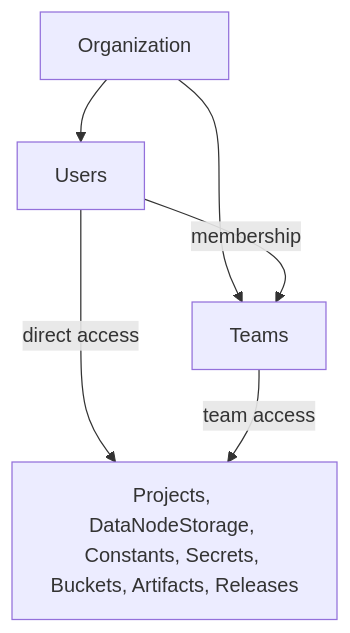
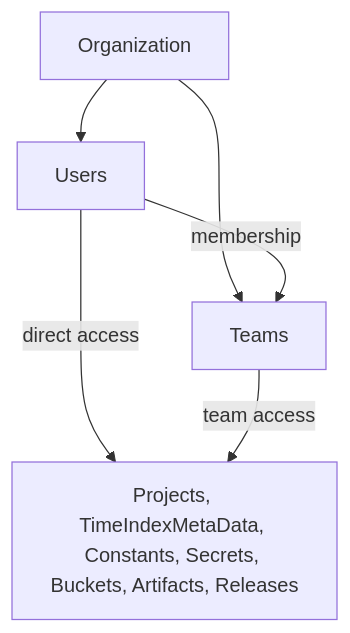
Before and after one commit to mainsequence-sdk/mainsequence-sdk: the diagram in docs/knowledge/infrastructure/users_and_access.md, drawn with Mermaid. The commit also changed other lines of this file and 53 other files, not shown here.

Commit message:
DataNodes Refactored to inhering from MetaTable

````diff
--- a/docs/knowledge/infrastructure/users_and_access.md
+++ b/docs/knowledge/infrastructure/users_and_access.md
@@ -31,8 +31,8 @@
 ```mermaid
 graph TD
     Org["Organization"] --> Users["Users"]
     Org --> Teams["Teams"]
     Users -->|membership| Teams
-    Users -->|direct access| Resources["Projects, DataNodeStorage, Constants, Secrets, Buckets, Artifacts, Releases"]
+    Users -->|direct access| Resources["Projects, TimeIndexMetaData, Constants, Secrets, Buckets, Artifacts, Releases"]
     Teams -->|team access| Resources
 ```
````
